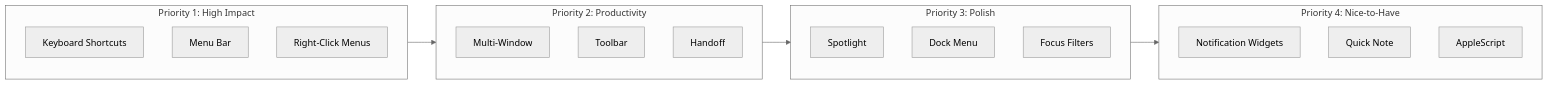
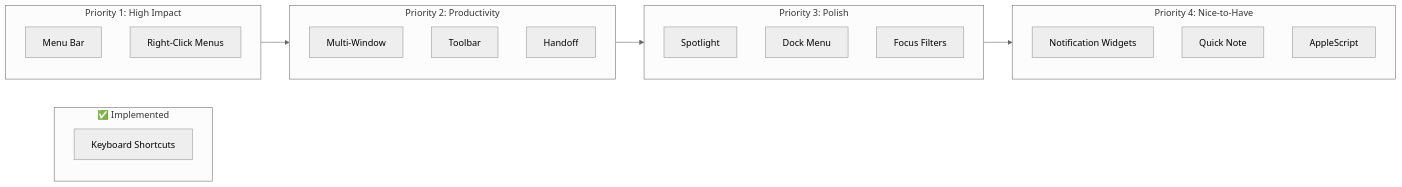
Diagram 25 of 35 in docs/engineering/technical/ios/sot-ios-app-state-of-things.mdx (DormWay/mintlify-docs), drawn with Mermaid (neutral theme) before and after one commit. The commit also changed other lines of this file and 38 other files, not shown here.

````diff
--- a/docs/engineering/technical/ios/sot-ios-app-state-of-things.mdx
+++ b/docs/engineering/technical/ios/sot-ios-app-state-of-things.mdx
@@ -975,28 +988,31 @@
 ```mermaid
 flowchart LR
+    subgraph Done ["✅ Implemented"]
+        K[Keyboard Shortcuts]
+    end
+
     subgraph P1 ["Priority 1: High Impact"]
-        K[Keyboard Shortcuts]
         M[Menu Bar]
         RC[Right-Click Menus]
     end
 
     subgraph P2 ["Priority 2: Productivity"]
         MW[Multi-Window]
         TB[Toolbar]
         HO[Handoff]
     end
 
     subgraph P3 ["Priority 3: Polish"]
         SL[Spotlight]
         DM[Dock Menu]
         FO[Focus Filters]
     end
 
     subgraph P4 ["Priority 4: Nice-to-Have"]
         NW[Notification Widgets]
         QN[Quick Note]
         AS[AppleScript]
     end
 
     P1 --> P2 --> P3 --> P4
 ```
````
